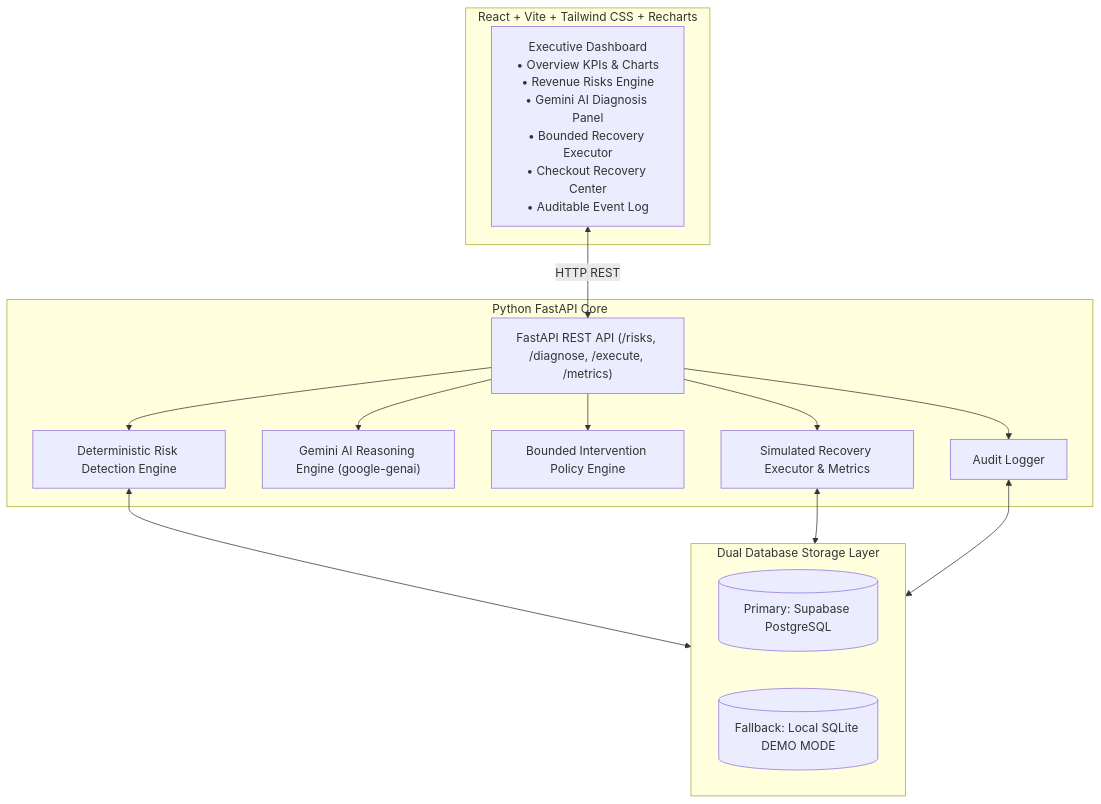
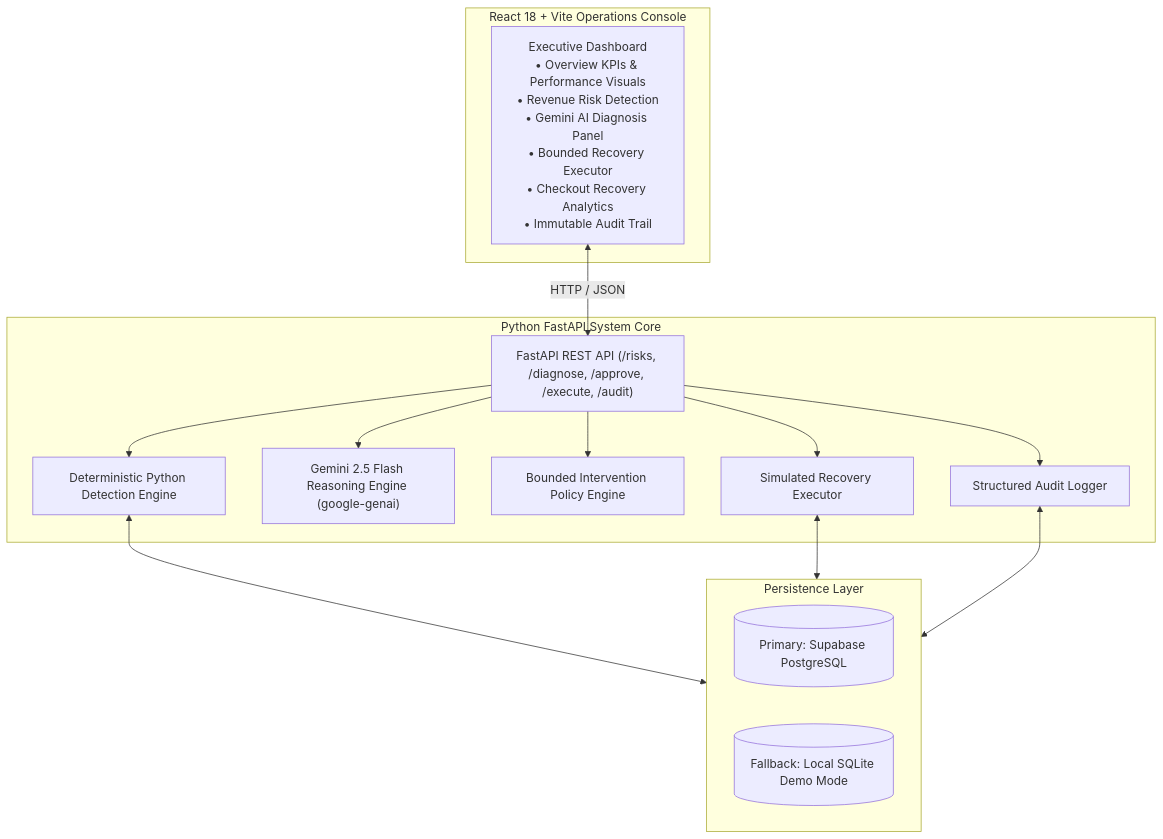
The diagram in README.md (sayedarshizyba2007-alt/ai-revenue-recovery), drawn with Mermaid before and after one commit. The commit also changed other lines of this file, not shown here.

````diff
--- a/README.md
+++ b/README.md
@@ -9,30 +9,30 @@
 ```mermaid
 flowchart TD
-    subgraph Frontend ["React + Vite + Tailwind CSS + Recharts"]
-        UI["Executive Dashboard\n• Overview KPIs & Charts\n• Revenue Risks Engine\n• Gemini AI Diagnosis Panel\n• Bounded Recovery Executor\n• Checkout Recovery Center\n• Auditable Event Log"]
+    subgraph Frontend ["React 18 + Vite Operations Console"]
+        UI["Executive Dashboard\n• Overview KPIs & Performance Visuals\n• Revenue Risk Detection\n• Gemini AI Diagnosis Panel\n• Bounded Recovery Executor\n• Checkout Recovery Analytics\n• Immutable Audit Trail"]
     end
 
-    subgraph Backend ["Python FastAPI Core"]
-        API["FastAPI REST API (/risks, /diagnose, /execute, /metrics)"]
-        DET["Deterministic Risk Detection Engine"]
-        AI["Gemini AI Reasoning Engine (google-genai)"]
-        INT["Bounded Intervention Policy Engine"]
-        EXE["Simulated Recovery Executor & Metrics"]
-        AUD["Audit Logger"]
+    subgraph Backend ["Python FastAPI System Core"]
+        API["FastAPI REST API (/risks, /diagnose, /approve, /execute, /audit)"]
+        DET["Deterministic Python Detection Engine"]
+        AI["Gemini 2.5 Flash Reasoning Engine (google-genai)"]
+        POL["Bounded Intervention Policy Engine"]
+        EXE["Simulated Recovery Executor"]
+        AUD["Structured Audit Logger"]
     end
 
-    subgraph Storage ["Dual Database Storage Layer"]
+    subgraph Database ["Persistence Layer"]
         SUPA[("Primary: Supabase PostgreSQL")]
-        SQLITE[("Fallback: Local SQLite DEMO MODE")]
+        SQLITE[("Fallback: Local SQLite Demo Mode")]
     end
 
-    UI <-->|HTTP REST| API
+    UI <-->|HTTP / JSON| API
     API --> DET
     API --> AI
-    API --> INT
+    API --> POL
     API --> EXE
     API --> AUD
-    DET <--> Storage
-    EXE <--> Storage
-    AUD <--> Storage
+    DET <--> Database
+    EXE <--> Database
+    AUD <--> Database
 ```
````
